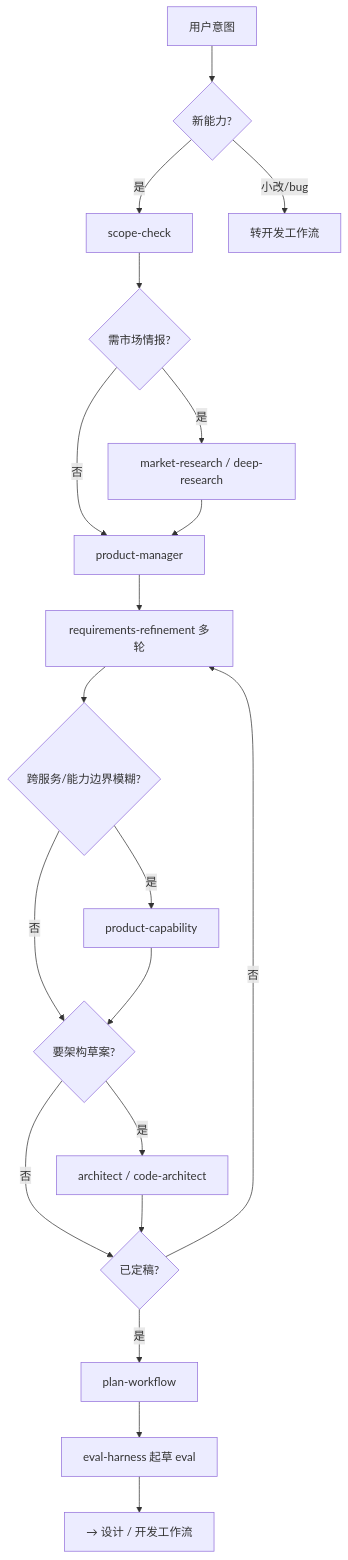
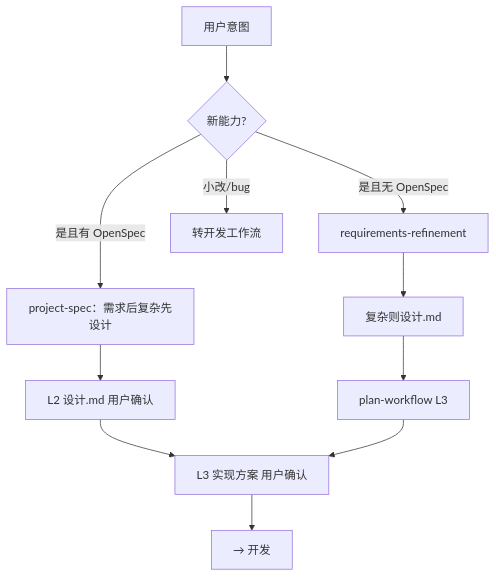
Before and after one commit to MyLoveou/cursor-project-spec: the diagram in domains/enterprise-cert/bundle/workflows/requirements.md, drawn with Mermaid. The commit also changed other lines of this file and 314 other files, not shown here.

First line of the commit message:
feat: 收敛为 Cursor 规范库，并用 project-spec 管设计与组合交付

````diff
--- a/domains/enterprise-cert/bundle/workflows/requirements.md
+++ b/domains/enterprise-cert/bundle/workflows/requirements.md
@@ -12,22 +11,13 @@
 ```mermaid
 flowchart TD
   A[用户意图] --> B{新能力?}
-  B -->|是| C[scope-check]
+  B -->|是且有 OpenSpec| C[project-spec：需求后复杂先设计]
+  B -->|是且无 OpenSpec| D[requirements-refinement]
   B -->|小改/bug| Z[转开发工作流]
-  C --> D{需市场情报?}
-  D -->|是| E[market-research / deep-research]
-  D -->|否| F[product-manager]
-  E --> F
-  F --> G[requirements-refinement 多轮]
-  G --> H{跨服务/能力边界模糊?}
-  H -->|是| I[product-capability]
-  H -->|否| J{要架构草案?}
-  I --> J
-  J -->|是| K[architect / code-architect]
-  J -->|否| L{已定稿?}
-  K --> L
-  L -->|否| G
-  L -->|是| M[plan-workflow]
-  M --> N[eval-harness 起草 eval]
-  N --> O[→ 设计 / 开发工作流]
+  C --> Cd[L2 设计.md 用户确认]
+  Cd --> E[L3 实现方案 用户确认]
+  D --> Dd[复杂则设计.md]
+  Dd --> F[plan-workflow L3]
+  F --> E
+  E --> O[→ 开发]
 ```
````
